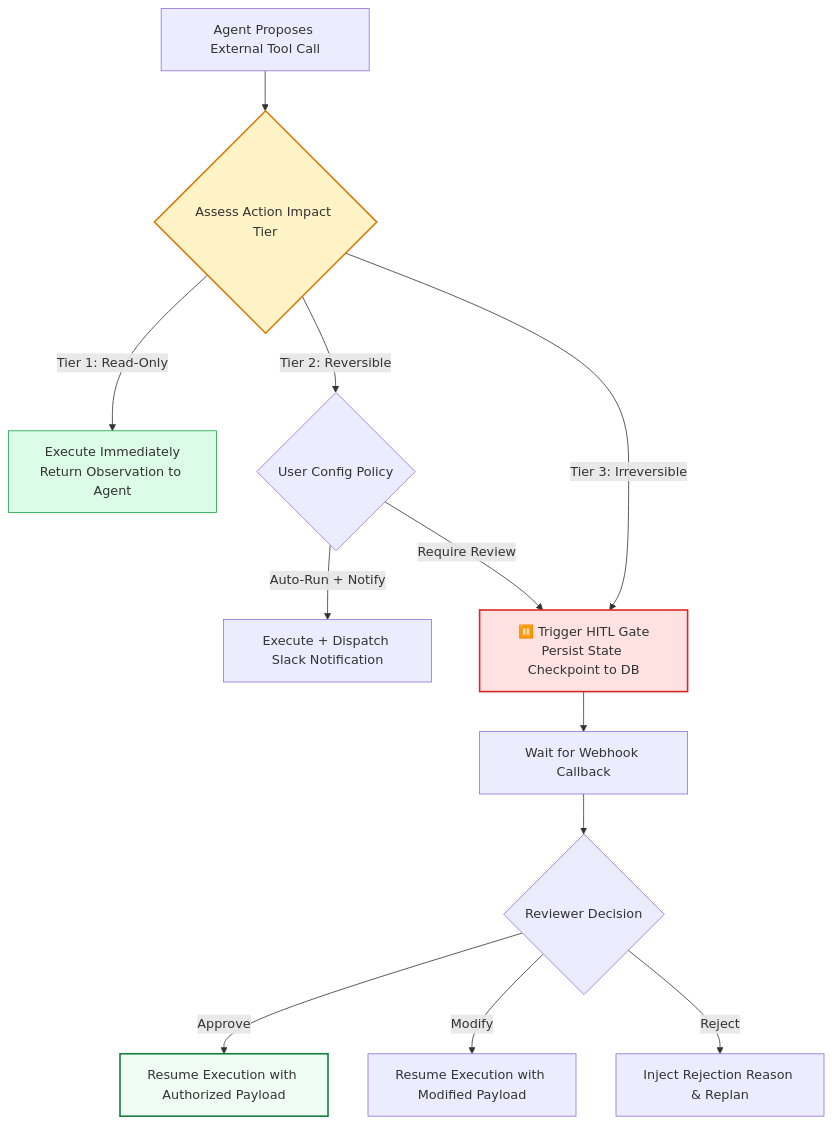
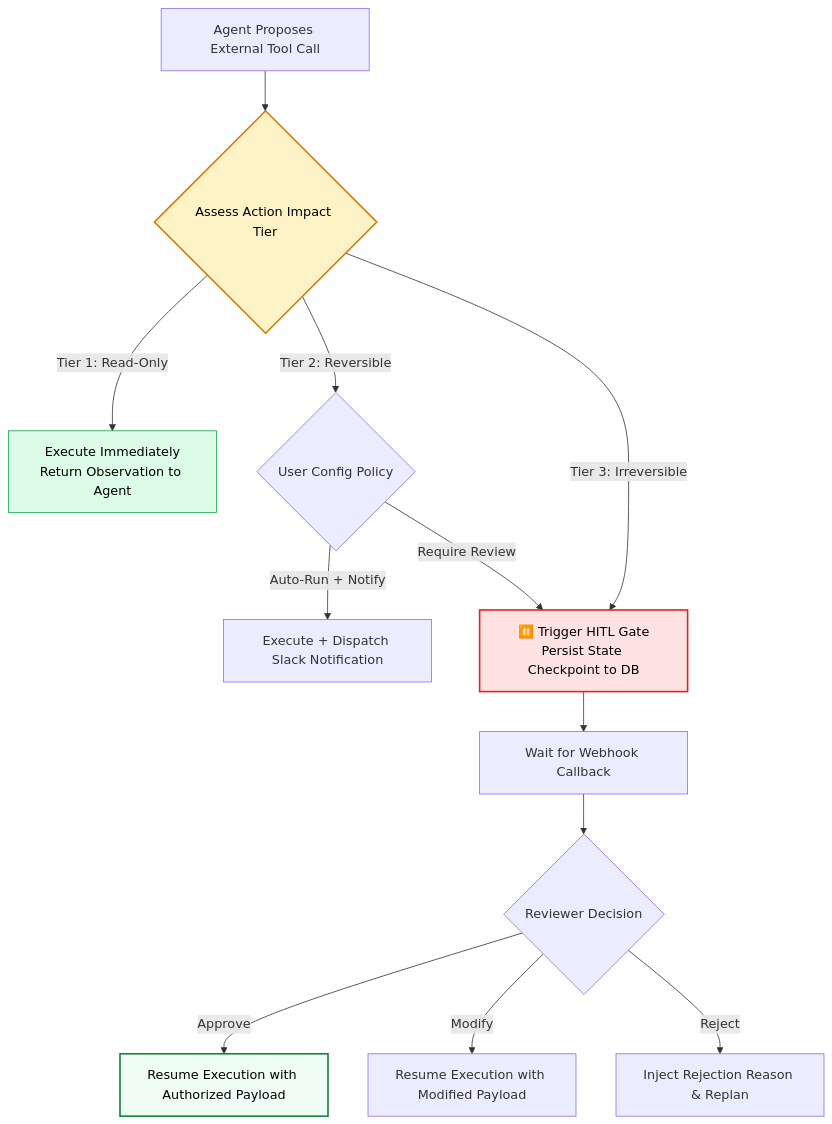
Before and after one commit to swapnil3104/RAG-Engineering: the fourth of 4 diagrams in 07-Agentic-RAG/Human-in-the-Loop.md, drawn with Mermaid. The commit also changed other lines of this file and 108 other files, not shown here.

Commit message:
fix: make chart text visible across all Mermaid diagrams and resolve markdown table formatting issues

````diff
--- a/07-Agentic-RAG/Human-in-the-Loop.md
+++ b/07-Agentic-RAG/Human-in-the-Loop.md
@@ -529,24 +529,24 @@
 ```mermaid
 flowchart TD
     ActionProposed[Agent Proposes External Tool Call] --> AssessRisk{"Assess Action Impact Tier"}
     
     AssessRisk -->|Tier 1: Read-Only| ExecAuto[Execute Immediately<br/>Return Observation to Agent]
     
     AssessRisk -->|Tier 2: Reversible| OptExec{"User Config Policy"}
     OptExec -->|Auto-Run + Notify| ExecNotify[Execute + Dispatch Slack Notification]
     OptExec -->|Require Review| GatePause
     
     AssessRisk -->|Tier 3: Irreversible| GatePause["⏸️ Trigger HITL Gate<br/>Persist State Checkpoint to DB"]
     
     GatePause --> WaitApproval[Wait for Webhook Callback]
     WaitApproval --> Decision{"Reviewer Decision"}
     
     Decision -->|Approve| ResumeExec[Resume Execution with Authorized Payload]
     Decision -->|Modify| PatchExec[Resume Execution with Modified Payload]
     Decision -->|Reject| AbortExec[Inject Rejection Reason & Replan]
 
-    style AssessRisk fill:#fef3c7,stroke:#d97706,stroke-width:2px
-    style ExecAuto fill:#dcfce7,stroke:#16a34a,stroke-width:1px
-    style GatePause fill:#fee2e2,stroke:#dc2626,stroke-width:2px
-    style ResumeExec fill:#f0fdf4,stroke:#15803d,stroke-width:2px
+    style AssessRisk fill:#fef3c7,stroke:#d97706,stroke-width:2px,color:#000000
+    style ExecAuto fill:#dcfce7,stroke:#16a34a,stroke-width:1px,color:#000000
+    style GatePause fill:#fee2e2,stroke:#dc2626,stroke-width:2px,color:#000000
+    style ResumeExec fill:#f0fdf4,stroke:#15803d,stroke-width:2px,color:#000000
 ```
````
